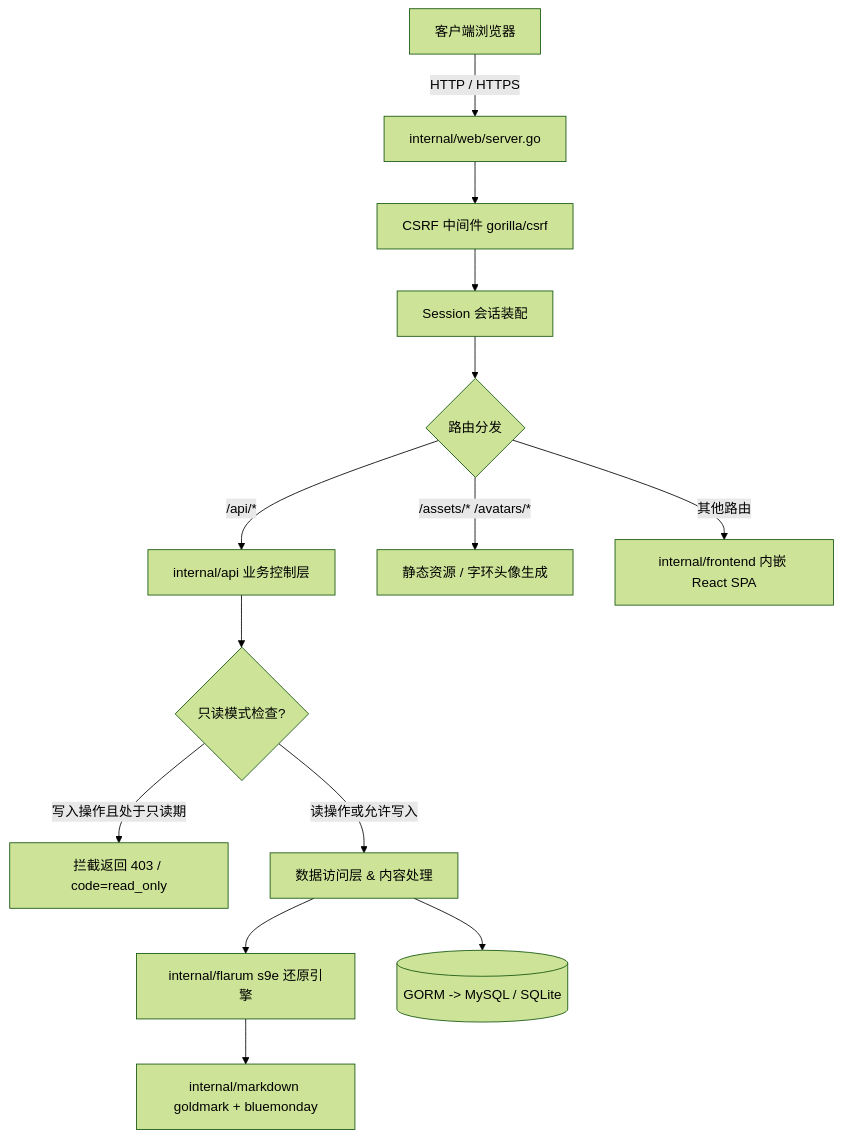
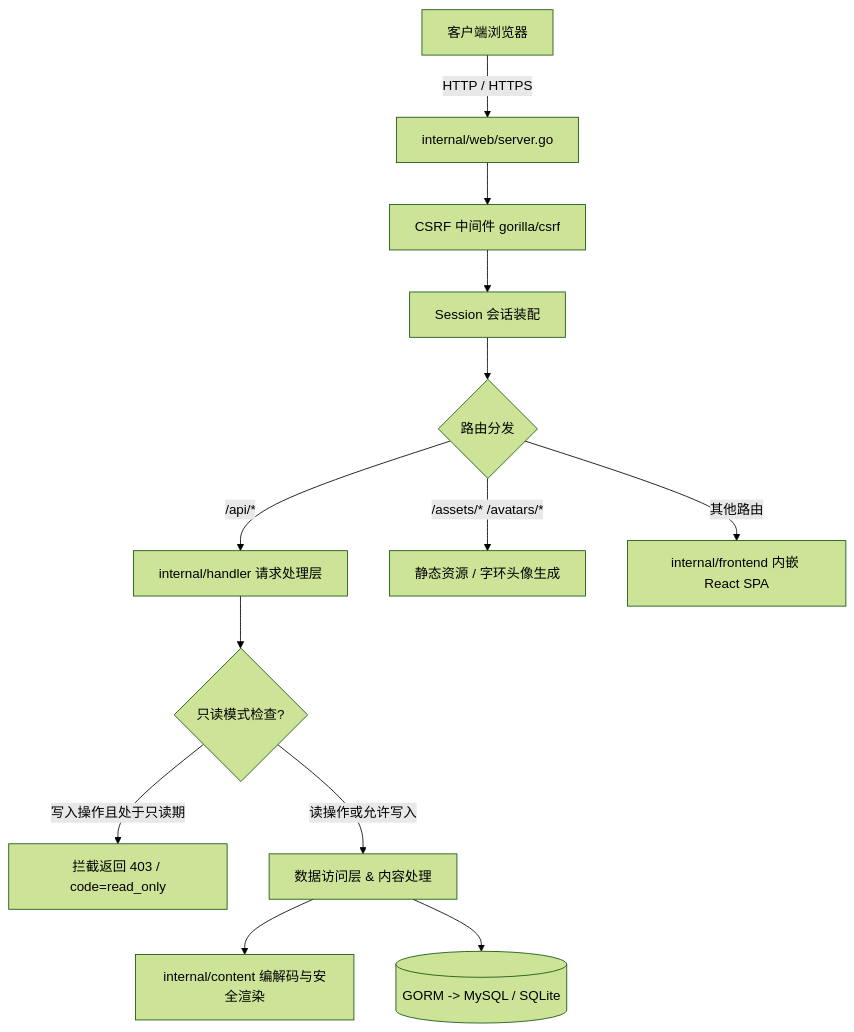
One commit to exzco/jnsecBBS changed the first of 3 diagrams in README.md. Above: the diagram before and after it, drawn with Mermaid (forest theme). The commit also changed other lines of this file and 147 other files, not shown here.

````diff
--- a/README.md
+++ b/README.md
@@ -60,19 +72,18 @@
 ```mermaid
 flowchart TD
     Client[客户端浏览器] -->|HTTP / HTTPS| WebServer[internal/web/server.go]
     WebServer --> CSRF[CSRF 中间件 gorilla/csrf]
     CSRF --> Session[Session 会话装配]
     Session --> Router{路由分发}
     
-    Router -->|/api/*| API[internal/api 业务控制层]
+    Router -->|/api/*| API[internal/handler 请求处理层]
     Router -->|/assets/* /avatars/*| Static[静态资源 / 字环头像生成]
     Router -->|其他路由| SPA[internal/frontend 内嵌 React SPA]
 
     API --> ReadOnlyCheck{只读模式检查?}
     ReadOnlyCheck -->|写入操作且处于只读期| Reject[拦截返回 403 / code=read_only]
     ReadOnlyCheck -->|读操作或允许写入| Service[数据访问层 & 内容处理]
     
-    Service --> FlarumXML[internal/flarum s9e 还原引擎]
-    FlarumXML --> Markdown[internal/markdown goldmark + bluemonday]
+    Service --> Content[internal/content 编解码与安全渲染]
     Service --> DB[(GORM -> MySQL / SQLite)]
 ```
````
